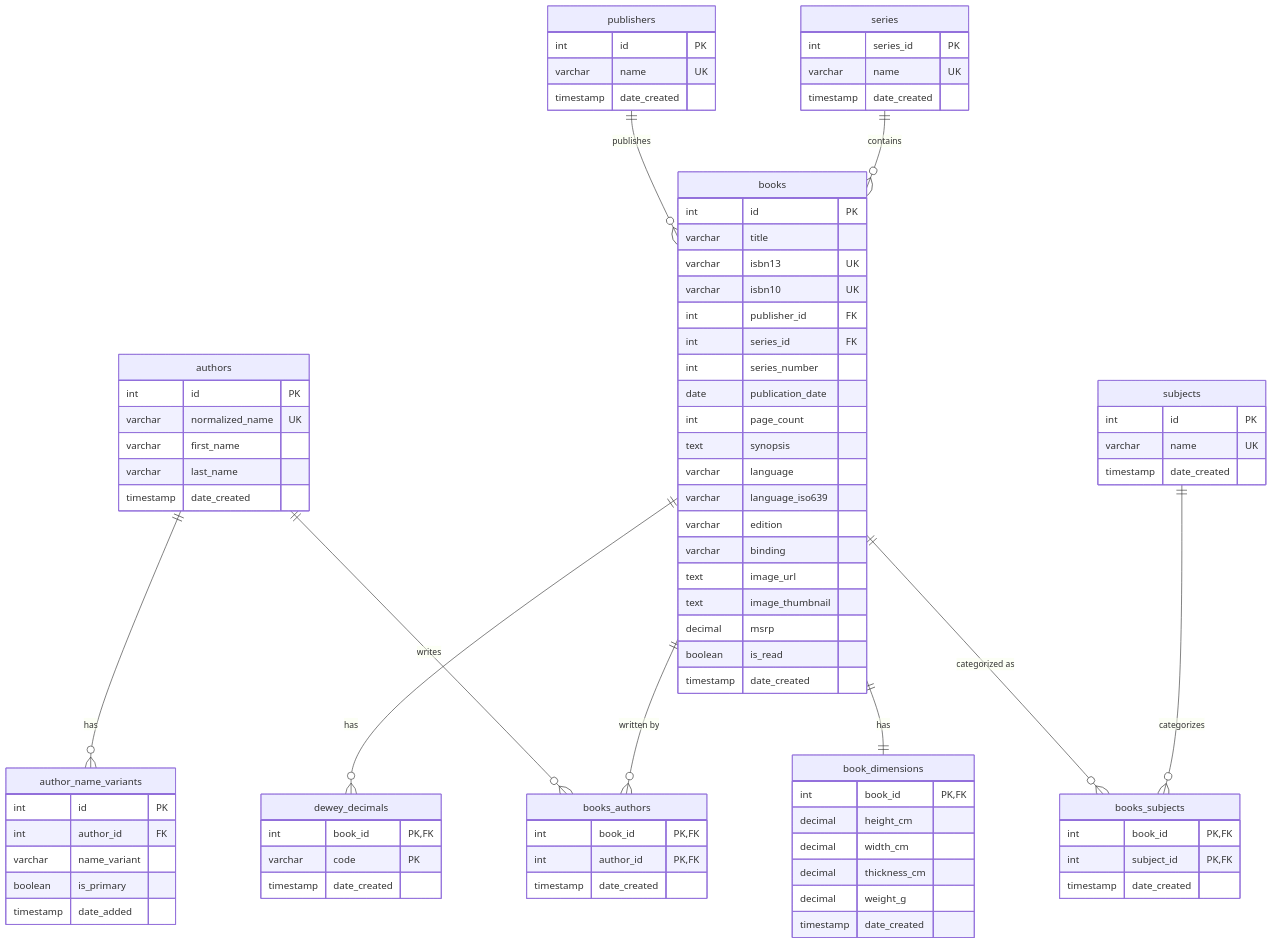
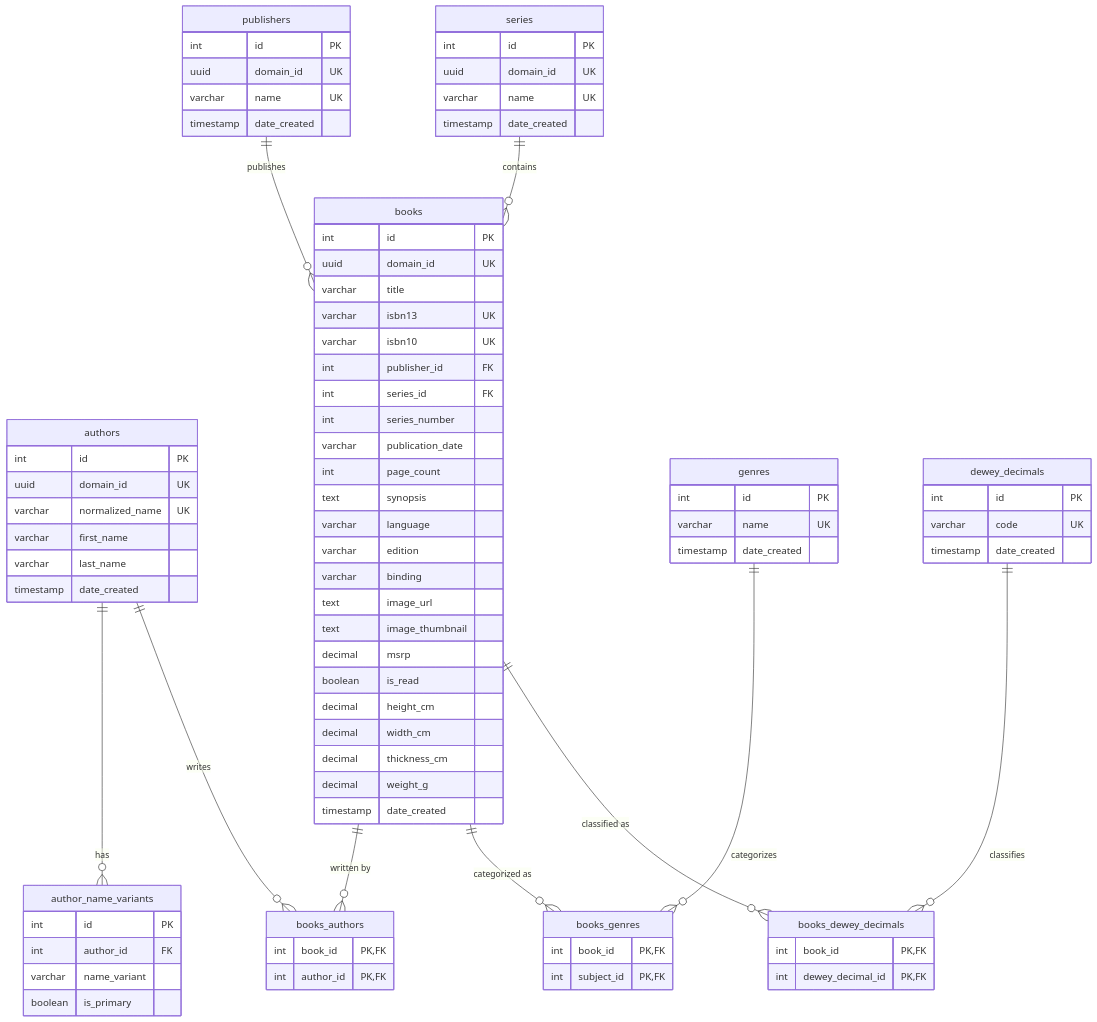
Before and after one commit to lynge96/Reveries: the diagram in README.md, drawn with Mermaid. The commit also changed other lines of this file and 231 other files, not shown here.

````diff
--- a/README.md
+++ b/README.md
@@ -67,6 +56,7 @@
 erDiagram
     authors {
         int id PK
+        uuid domain_id UK
         varchar normalized_name UK
         varchar first_name
         varchar last_name
@@ -78,45 +68,27 @@
         int author_id FK
         varchar name_variant
         boolean is_primary
-        timestamp date_added
     }
     
     books {
         int id PK
+        uuid domain_id UK
         varchar title
         varchar isbn13 UK
         varchar isbn10 UK
         int publisher_id FK
         int series_id FK
         int series_number
-        date publication_date
+        varchar publication_date
         int page_count
         text synopsis
         varchar language
-        varchar language_iso639
         varchar edition
         varchar binding
         text image_url
         text image_thumbnail
         decimal msrp
         boolean is_read
-        timestamp date_created
-    }
-    
-    publishers {
-        int id PK
-        varchar name UK
-        timestamp date_created
-    }
-    
-    subjects {
-        int id PK
-        varchar name UK
-        timestamp date_created
-    }
-    
-    book_dimensions {
-        int book_id PK, FK
         decimal height_cm
         decimal width_cm
         decimal thickness_cm
@@ -124,26 +96,43 @@
         timestamp date_created
     }
     
+    publishers {
+        int id PK
+        uuid domain_id UK
+        varchar name UK
+        timestamp date_created
+    }
+    
+    genres {
+        int id PK
+        varchar name UK
+        timestamp date_created
+    }
+    
     books_authors {
         int book_id PK, FK
         int author_id PK, FK
-        timestamp date_created
     }
     
-    books_subjects {
+    books_genres {
         int book_id PK, FK
         int subject_id PK, FK
-        timestamp date_created
     }
     
+    books_dewey_decimals {
+        int book_id PK, FK
+        int dewey_decimal_id PK, FK
+    }
+
     dewey_decimals {
-        int book_id PK, FK
-        varchar code PK
+        int id PK
+        varchar code UK
         timestamp date_created
     }
 
     series {
-        int series_id PK
+        int id PK
+        uuid domain_id UK
         varchar name UK
         timestamp date_created
     }
@@ -151,10 +140,13 @@
     authors ||--o{ author_name_variants : "has"
     authors ||--o{ books_authors : "writes"
     books ||--o{ books_authors : "written by"
-    books ||--o{ books_subjects : "categorized as"
-    subjects ||--o{ books_subjects : "categorizes"
+
+    books ||--o{ books_genres : "categorized as"
+    genres ||--o{ books_genres : "categorizes"
+
+    books ||--o{ books_dewey_decimals : "classified as"
+    dewey_decimals ||--o{ books_dewey_decimals : "classifies"
+
     publishers ||--o{ books : "publishes"
-    books ||--|| book_dimensions : "has"
-    books ||--o{ dewey_decimals : "has"
     series ||--o{ books : "contains"
 ```
````
